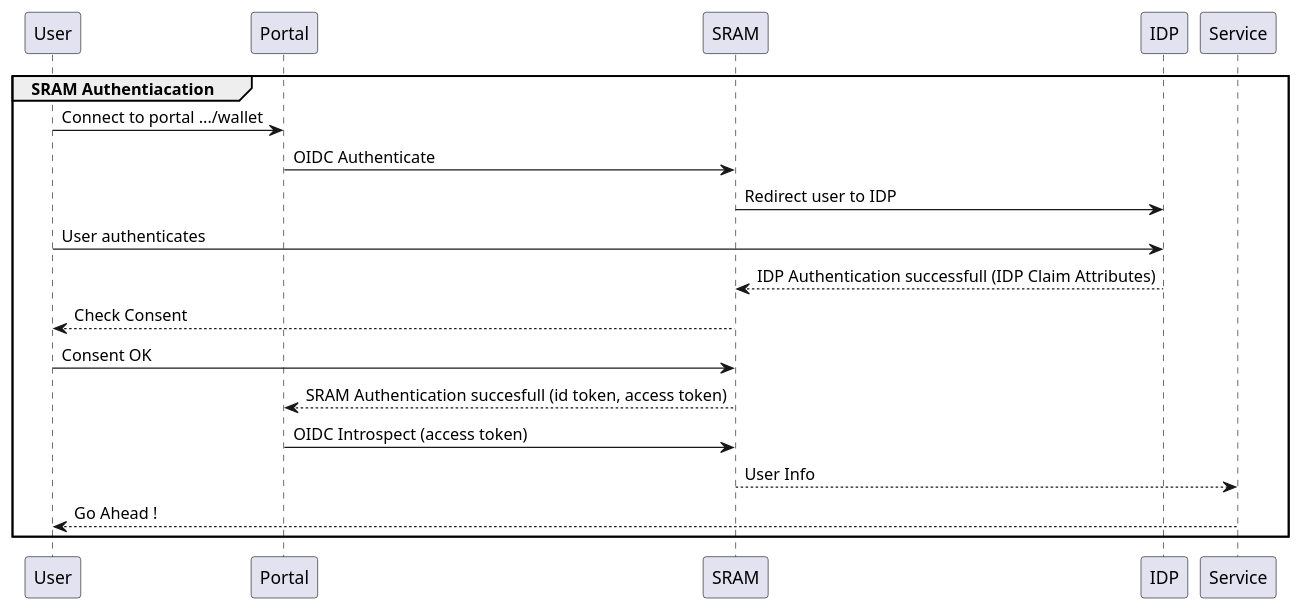
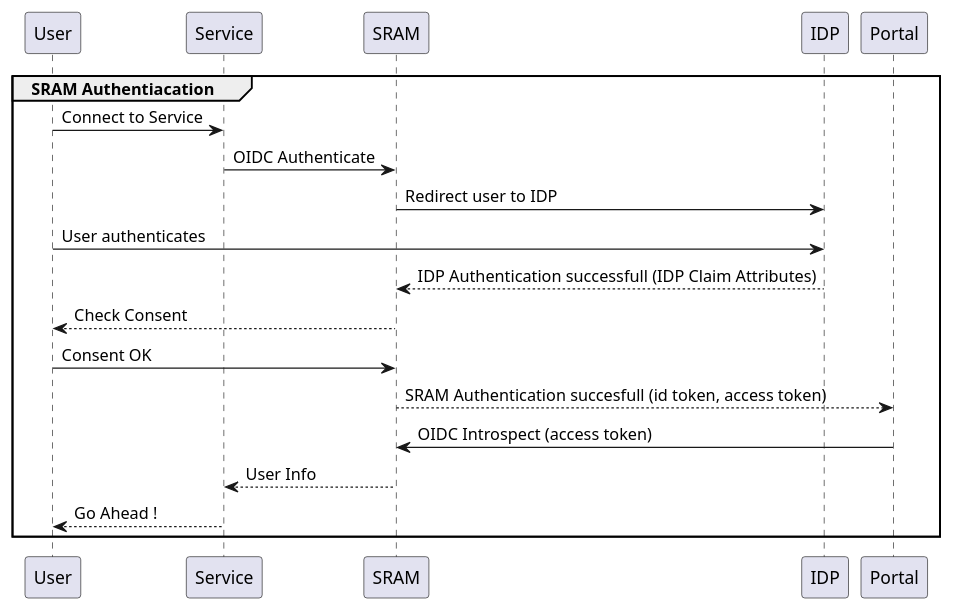
One commit to HarryKodden/SRAM-Token-Service changed the diagram in assets/SRAM_Authentication.iuml. Above: the diagram before and after it, drawn with PlantUML. The commit also changed 2 other files, not shown here.

Commit message:
Update UML & Readme

```diff
--- a/assets/SRAM_Authentication.iuml
+++ b/assets/SRAM_Authentication.iuml
@@ -1,15 +1,15 @@
 @startuml
 group SRAM Authentiacation
-    User -> Portal: Connect to portal .../wallet
-    Portal -> SRAM: OIDC Authenticate
+    User -> Service: Connect to Service
+    Service -> SRAM: OIDC Authenticate
     SRAM -> IDP: Redirect user to IDP
     User -> IDP: User authenticates
     IDP --> SRAM: IDP Authentication successfull (IDP Claim Attributes)
     SRAM --> User: Check Consent
     User -> SRAM: Consent OK
     SRAM --> Portal: SRAM Authentication succesfull (id token, access token)
     Portal -> SRAM: OIDC Introspect (access token)
     SRAM --> Service: User Info
     Service --> User: Go Ahead !
 end
 @enduml
```
